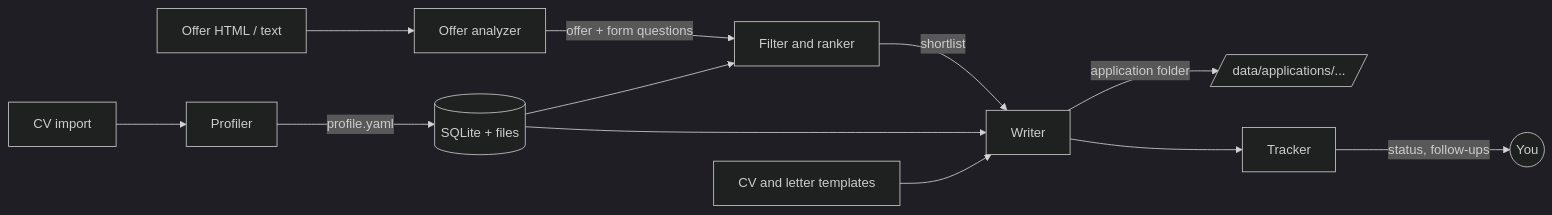
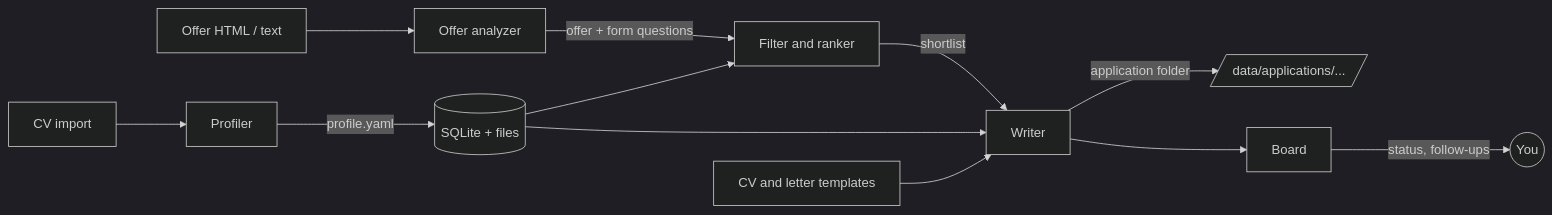
The diagram in README.md (thomassimmer/paul), drawn with Mermaid (dark theme) before and after one commit. The commit also changed other lines of this file and 56 other files, not shown here.

````diff
--- a/README.md
+++ b/README.md
@@ -79,14 +80,14 @@
 ```mermaid
 flowchart LR
     CV[CV import] --> P[Profiler]
     P -->|profile.yaml| DB[(SQLite + files)]
     H[Offer HTML / text] --> A[Offer analyzer]
     A -->|offer + form questions| R[Filter and ranker]
     DB --> R
     R -->|shortlist| W[Writer]
     DB --> W
     T[CV and letter templates] --> W
     W -->|application folder| F[/data/applications/.../]
-    W --> TR[Tracker]
-    TR -->|status, follow-ups| U((You))
+    W --> B[Board]
+    B -->|status, follow-ups| U((You))
 ```
````
